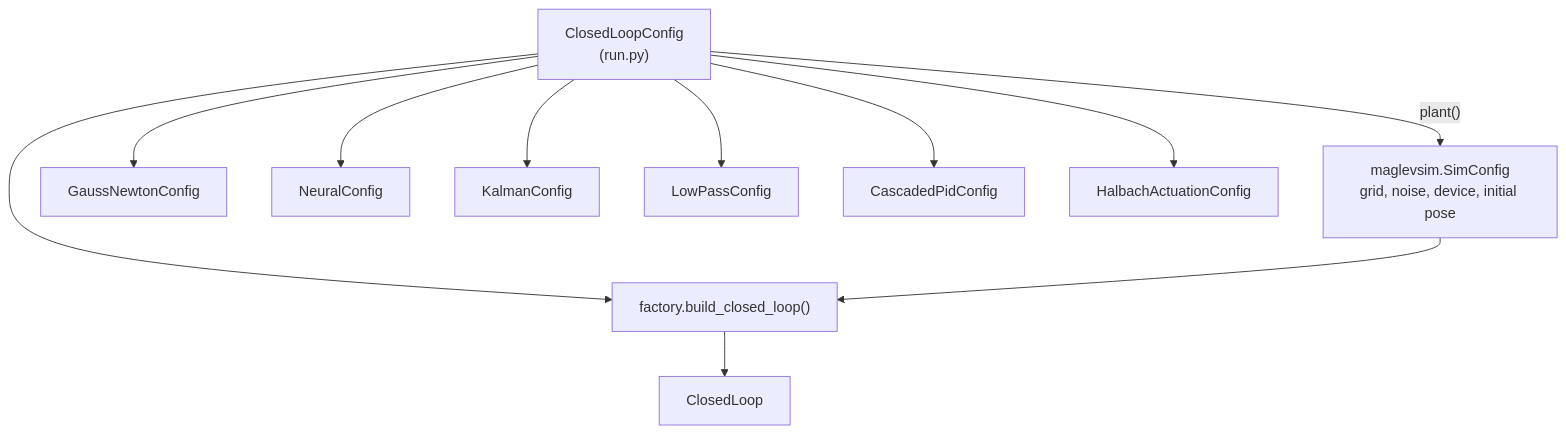
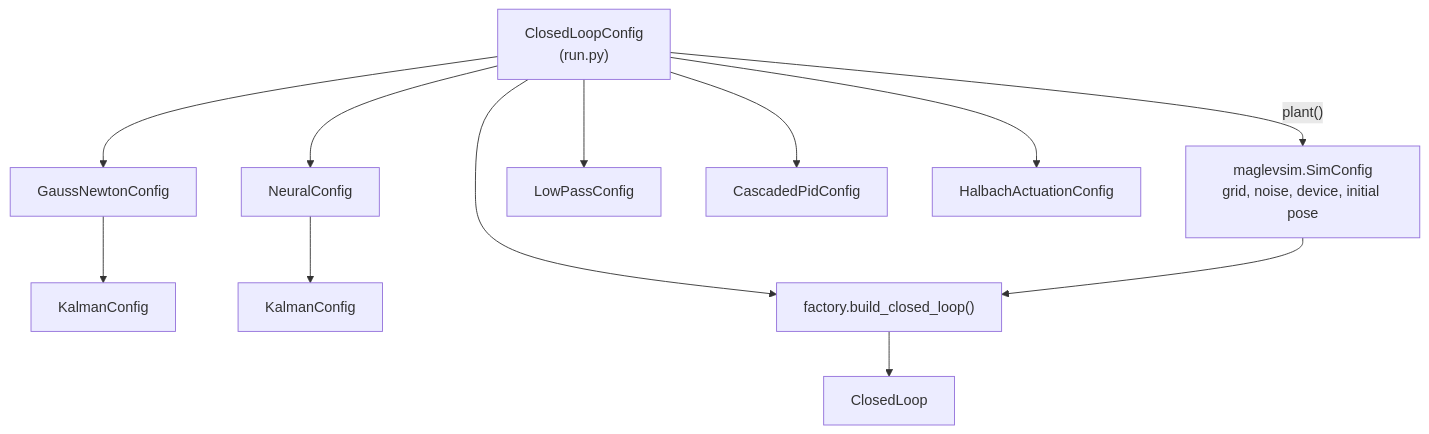
The fifth of 5 diagrams in docs/architecture.md (Verschnupft/MagLevClosedLoop), drawn with Mermaid before and after one commit. The commit also changed other lines of this file and 5 other files, not shown here.

````diff
--- a/docs/architecture.md
+++ b/docs/architecture.md
@@ -173,15 +189,16 @@
 ```mermaid
 flowchart TD
   CFG["ClosedLoopConfig<br/>(run.py)"]
   CFG -- "plant()" --> PLANT["maglevsim.SimConfig<br/>grid, noise, device, initial pose"]
   CFG --> GN[GaussNewtonConfig]
   CFG --> NC[NeuralConfig]
-  CFG --> KF[KalmanConfig]
+  GN --> KF1[KalmanConfig]
+  NC --> KF2[KalmanConfig]
   CFG --> LP[LowPassConfig]
   CFG --> PID[CascadedPidConfig]
   CFG --> HAL[HalbachActuationConfig]
   FAC["factory.build_closed_loop()"]
   CFG --> FAC
   PLANT --> FAC
   FAC --> LOOP[ClosedLoop]
 ```
````
